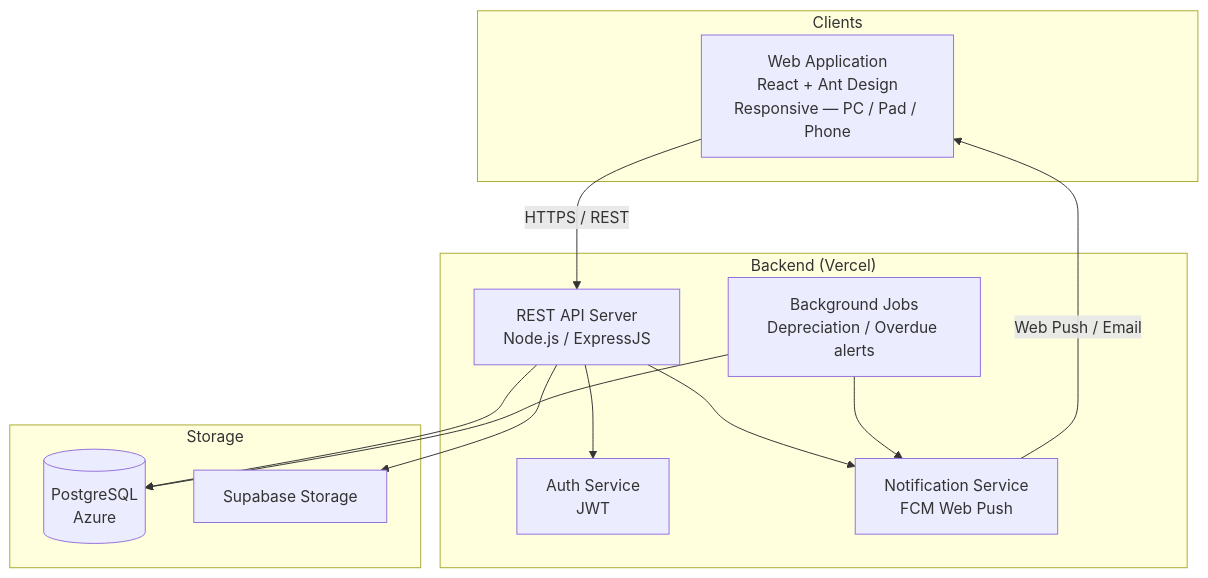
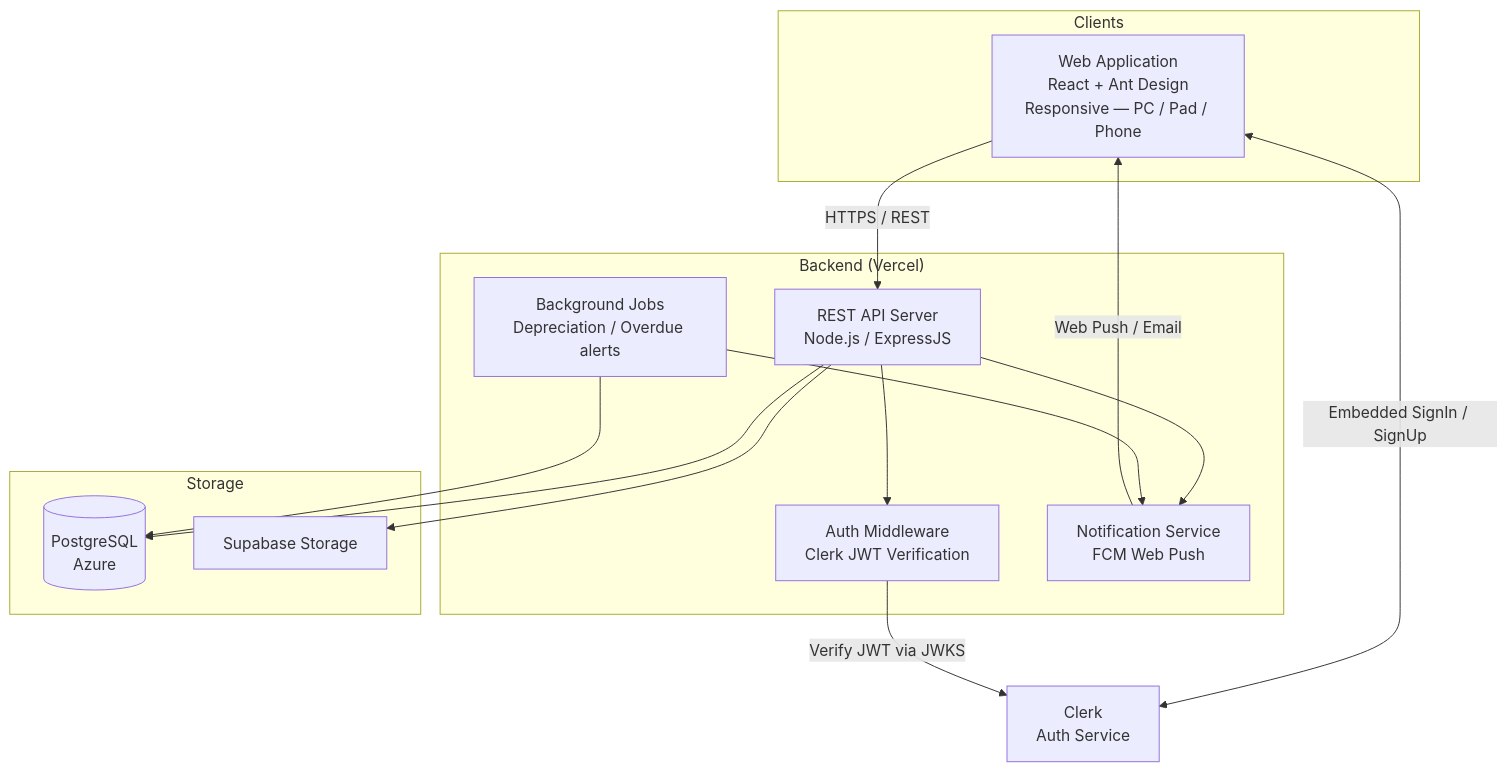
One commit to Hansenyao/sportstock changed the first of 7 diagrams in docs/system-design.md. Above: the diagram before and after it, drawn with Mermaid. The commit also changed other lines of this file and 4 other files, not shown here.

Commit message:
update auth flow design

````diff
--- a/docs/system-design.md
+++ b/docs/system-design.md
@@ -21,28 +23,32 @@
 ```mermaid
 graph TB
     subgraph Clients
         WEB[Web Application<br/>React + Ant Design<br/>Responsive — PC / Pad / Phone]
     end
 
     subgraph Backend["Backend (Vercel)"]
         API[REST API Server<br/>Node.js / ExpressJS]
-        AUTH[Auth Service<br/>JWT]
+        AUTH[Auth Middleware<br/>Clerk JWT Verification]
         NOTIF[Notification Service<br/>FCM Web Push]
         JOBS[Background Jobs<br/>Depreciation / Overdue alerts]
     end
 
     subgraph Storage
         DB[(PostgreSQL<br/>Azure)]
         FILES[Supabase Storage]
     end
 
+    CLERK[Clerk<br/>Auth Service]
+
     WEB -->|HTTPS / REST| API
+    WEB <-->|Embedded SignIn / SignUp| CLERK
     API --> AUTH
+    AUTH -->|Verify JWT via JWKS| CLERK
     API --> DB
     API --> FILES
     API --> NOTIF
     JOBS --> DB
     JOBS --> NOTIF
 
     NOTIF -->|Web Push / Email| WEB
 ```
````
